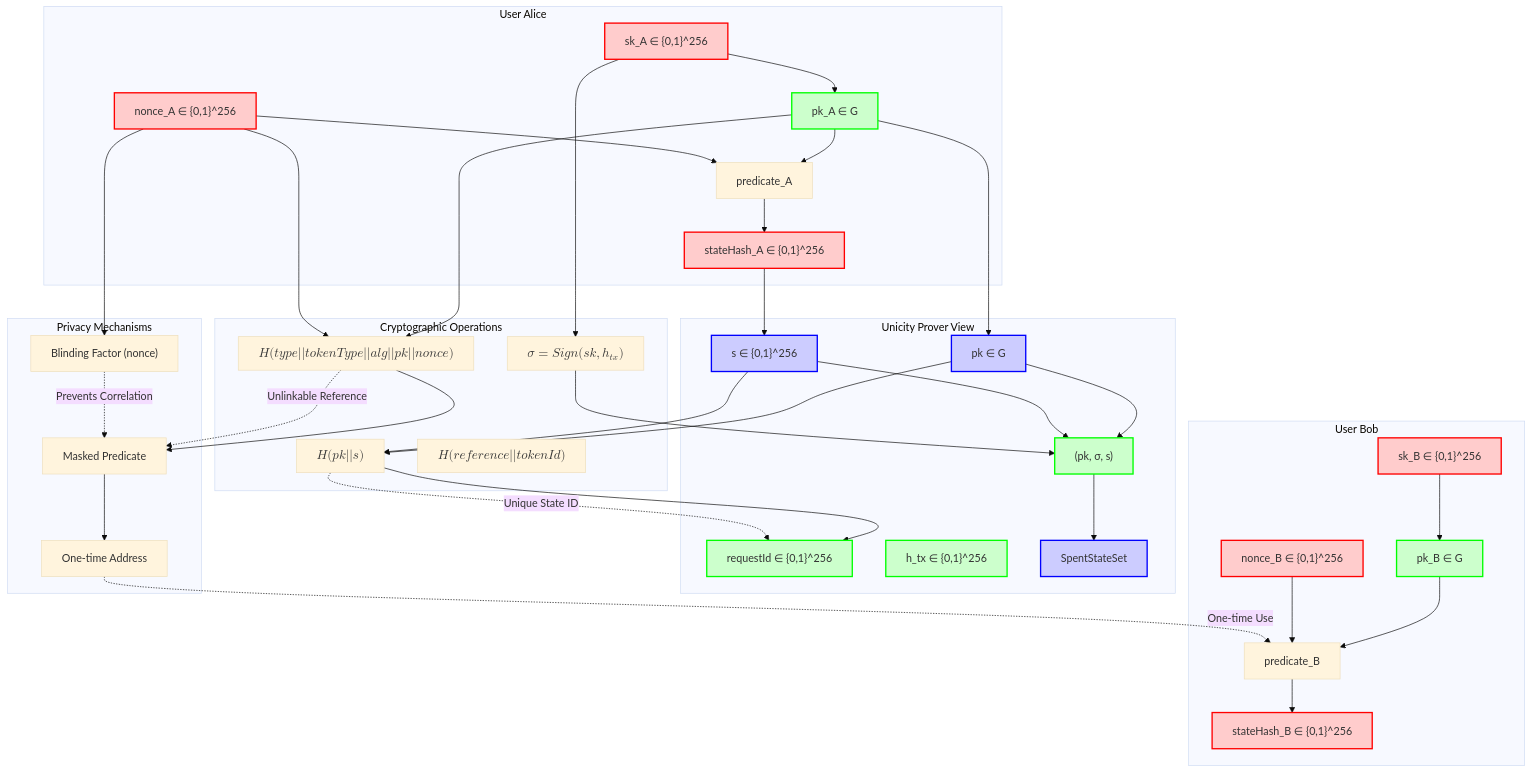
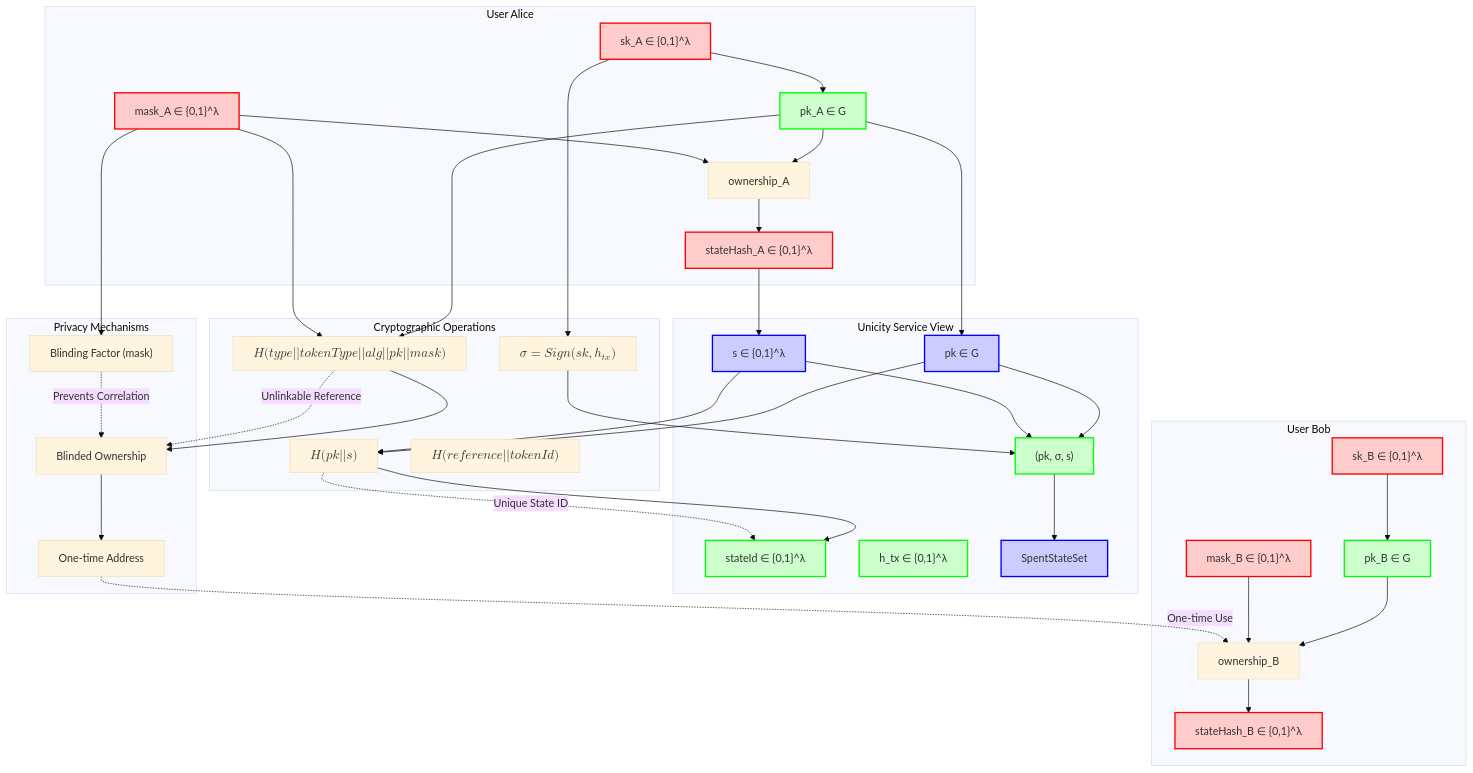
One commit to unicitynetwork/execution-model-tex changed the third of 3 diagrams in PROTOCOL_DOCUMENTATION.md. Above: the diagram before and after it, drawn with Mermaid (base theme). The commit also changed other lines of this file, not shown here.

````diff
--- a/PROTOCOL_DOCUMENTATION.md
+++ b/PROTOCOL_DOCUMENTATION.md
@@ -440,64 +461,64 @@
 ```mermaid
 graph TB
     subgraph "User Alice"
-        AS["sk_A ∈ {0,1}^256"]
-        AN["nonce_A ∈ {0,1}^256"]
+        AS["sk_A ∈ {0,1}^λ"]
+        AN["mask_A ∈ {0,1}^λ"]
         APK["pk_A ∈ G"]
-        AP["predicate_A"]
-        ATS["stateHash_A ∈ {0,1}^256"]
+        AP["ownership_A"]
+        ATS["stateHash_A ∈ {0,1}^λ"]
     end
-    
+
     subgraph "User Bob"
-        BS["sk_B ∈ {0,1}^256"]
-        BN["nonce_B ∈ {0,1}^256"] 
+        BS["sk_B ∈ {0,1}^λ"]
+        BN["mask_B ∈ {0,1}^λ"]
         BPK["pk_B ∈ G"]
-        BP["predicate_B"]
-        BTS["stateHash_B ∈ {0,1}^256"]
+        BP["ownership_B"]
+        BTS["stateHash_B ∈ {0,1}^λ"]
     end
-    
-    subgraph "Unicity Prover View"
-        RID["requestId ∈ {0,1}^256"]
-        TXH["h_tx ∈ {0,1}^256"]
+
+    subgraph "Unicity Service View"
+        RID["stateId ∈ {0,1}^λ"]
+        TXH["h_tx ∈ {0,1}^λ"]
         AUTH["(pk, σ, s)"]
         PK["pk ∈ G"]
-        SH["s ∈ {0,1}^256"]
+        SH["s ∈ {0,1}^λ"]
         SPENT["SpentStateSet"]
     end
-    
+
     subgraph "Privacy Mechanisms"
-        MASK["Masked Predicate"]
+        MASK["Blinded Ownership"]
         ADDR["One-time Address"]
-        BLIND["Blinding Factor (nonce)"]
+        BLIND["Blinding Factor (mask)"]
     end
-    
+
     subgraph "Cryptographic Operations"
         HASH1["$$H(pk || s)$$"]
-        HASH2["$$H(type || tokenType || alg || pk || nonce)$$"]
+        HASH2["$$H(type || tokenType || alg || pk || mask)$$"]
         HASH3["$$H(reference || tokenId)$$"]
         SIG["$$σ = Sign(sk, h_{tx})$$"]
     end
-    
+
     %% Alice's cryptographic derivations
     AS --> APK
     AS --> SIG
     APK --> AP
     AN --> AP
     AP --> ATS
-    
-    %% Bob's cryptographic derivations  
+
+    %% Bob's cryptographic derivations
     BS --> BPK
     BPK --> BP
     BN --> BP
     BP --> BTS
-    
-    %% Masked predicate construction
+
+    %% Constructing a blinded ownership condition
     APK --> HASH2
     AN --> HASH2
     HASH2 --> MASK
     MASK --> ADDR
     AN --> BLIND
-    
-    %% What Unicity Prover sees
+
+    %% What Unicity Service sees
     APK --> PK
     ATS --> SH
     PK --> HASH1
@@ -507,19 +528,19 @@
     PK --> AUTH
     SH --> AUTH
     AUTH --> SPENT
-    
+
     %% Privacy boundaries
     classDef private fill:#ffcccc,stroke:#ff0000,stroke-width:2px
-    classDef public fill:#ccffcc,stroke:#00ff00,stroke-width:2px  
-    classDef prover fill:#ccccff,stroke:#0000ff,stroke-width:2px
-    
+    classDef public fill:#ccffcc,stroke:#00ff00,stroke-width:2px
+    classDef service fill:#ccccff,stroke:#0000ff,stroke-width:2px
+
     class AS,BS,AN,BN,ATS,BTS private
     class APK,BPK,RID,TXH,AUTH public
-    class PK,SH,SPENT prover
-    
+    class PK,SH,SPENT service
+
     %% Labels
     HASH1 -.-> |"Unique State ID"| RID
-    HASH2 -.-> |"Unlinkable Reference"| MASK  
+    HASH2 -.-> |"Unlinkable Reference"| MASK
     BLIND -.-> |"Prevents Correlation"| MASK
     ADDR -.-> |"One-time Use"| BP
 ```
````
